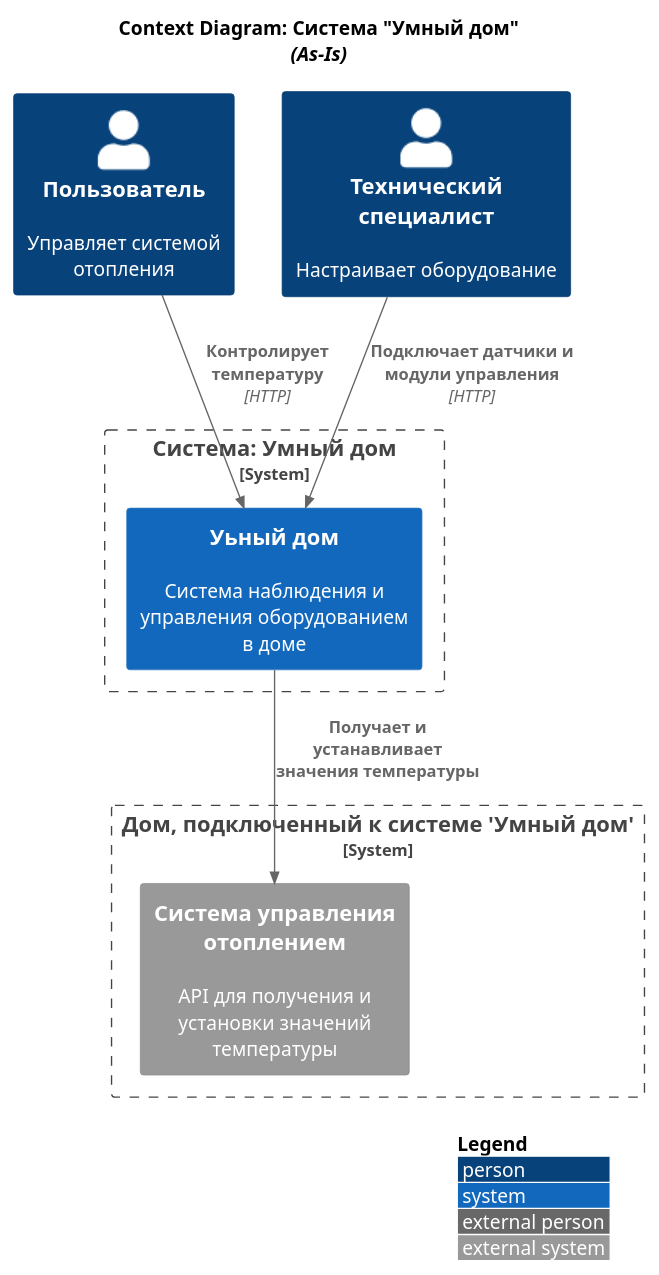
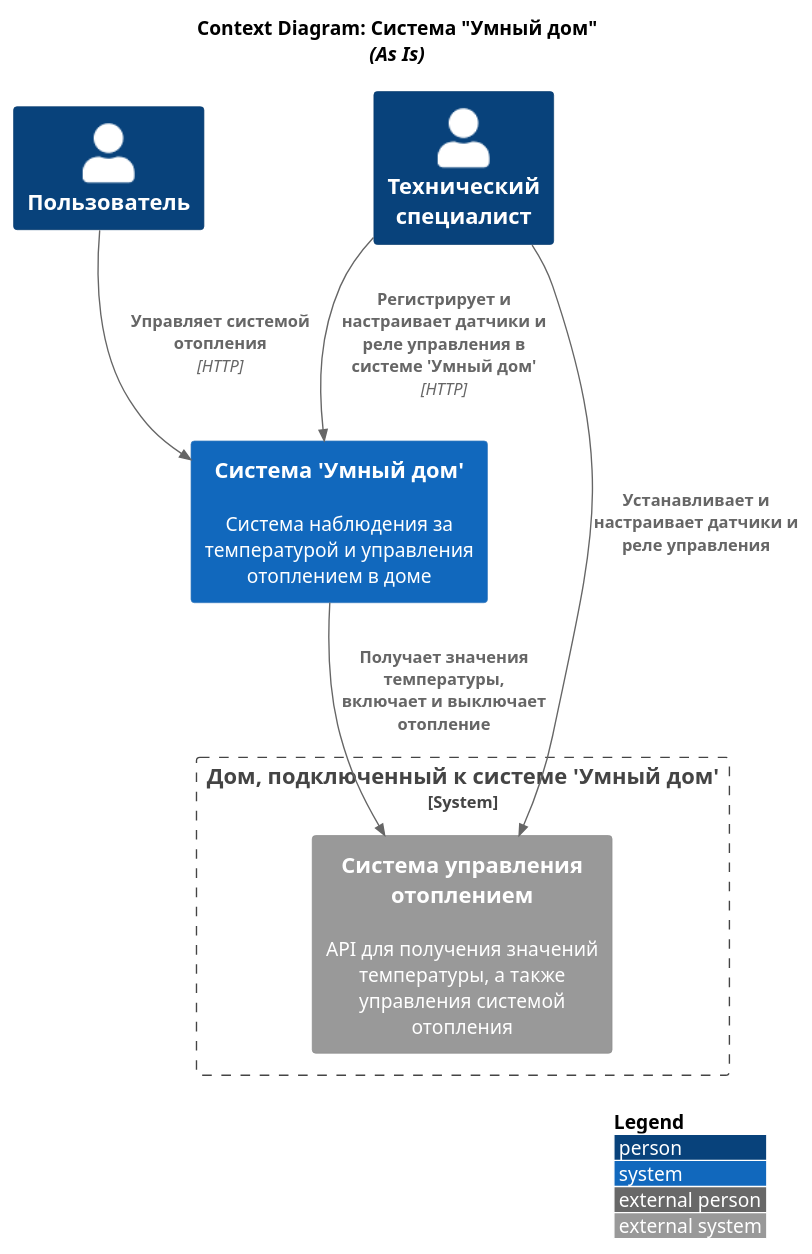
Before and after one commit to zergnk/architecture-pro-warmhouse: the diagram in schemas/C4/context/as_is.puml, drawn with PlantUML. The commit also changed 4 other files, not shown here.

```diff
--- a/schemas/C4/context/as_is.puml
+++ b/schemas/C4/context/as_is.puml
@@ -1,28 +1,27 @@
 @startuml
 title
     Context Diagram: Система "Умный дом"
-    <i>(As-Is)</i>
+    <i>(As Is)</i>
 end title
 
 top to bottom direction
 
 !include <C4/C4_Context.puml>
 
 LAYOUT_WITH_LEGEND()
 
-Person(user, "Пользователь", "Управляет системой отопления")
-Person(technical_specialist, "Технический специалист", "Настрaивает оборудование")
+Person(user, "Пользователь")
+Person(technical_specialist, "Технический специалист")
 
-System_Boundary(smart_house_boundary, "Система: Умный дом") {
-    System(smart_house, "Уьный дом", "Система наблюдения и управления оборудованием в доме")
+System(smart_house, "Система 'Умный дом'", "Система наблюдения за температурой и управления отоплением в доме")
+
+System_Boundary(external_house_boundary, "Дом, подключенный к системе 'Умный дом'") {
+    System_Ext(heating_system, "Система управления отоплением", "API для получения значений температуры, а также управления системой отопления")
 }
 
-System_Boundary(external_house_boundary, "Дом, подключенный к системе 'Умный дом'") {
-    System_Ext(heating_system, "Система управления отоплением", "API для получения и установки значений температуры")
-}
-
-Rel(user, smart_house, "Контролирует температуру", "HTTP")
-Rel(technical_specialist, smart_house, "Подключает датчики и модули управления", "HTTP")
-Rel(smart_house, heating_system,"Получает и устанавливает значения температуры")
+Rel(user, smart_house, "Управляет системой отопления", "HTTP")
+Rel(technical_specialist, smart_house, "Регистрирует и настраивает датчики и реле управления в системе 'Умный дом'", "HTTP")
+Rel(technical_specialist, heating_system, "Устанавливает и настраивает датчики и реле управления")
+Rel(smart_house, heating_system,"Получает значения температуры, включает и выключает отопление")
 
 @enduml
```
